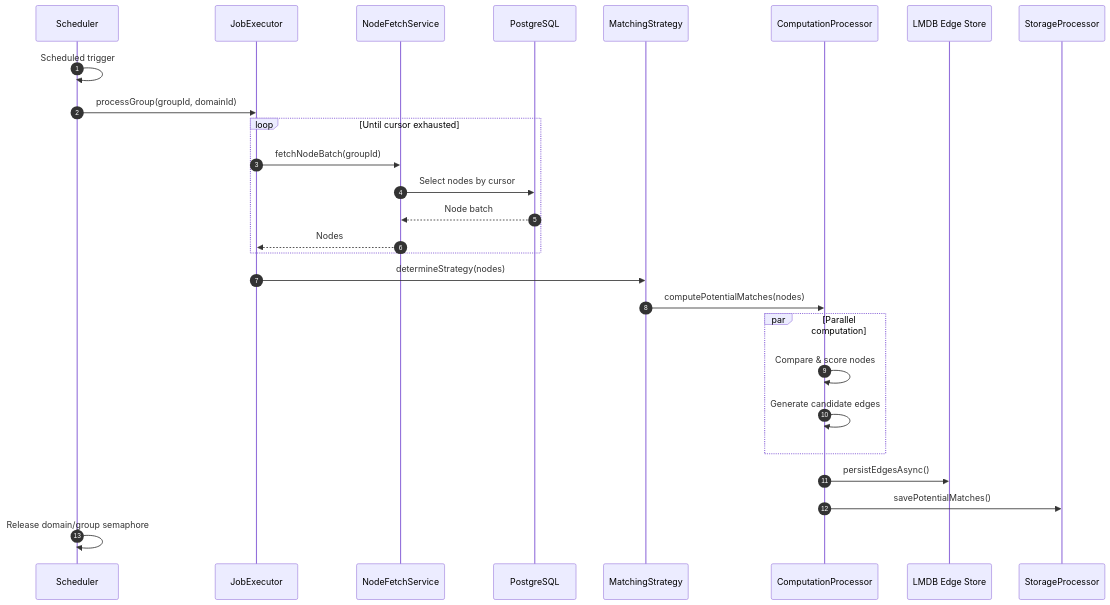
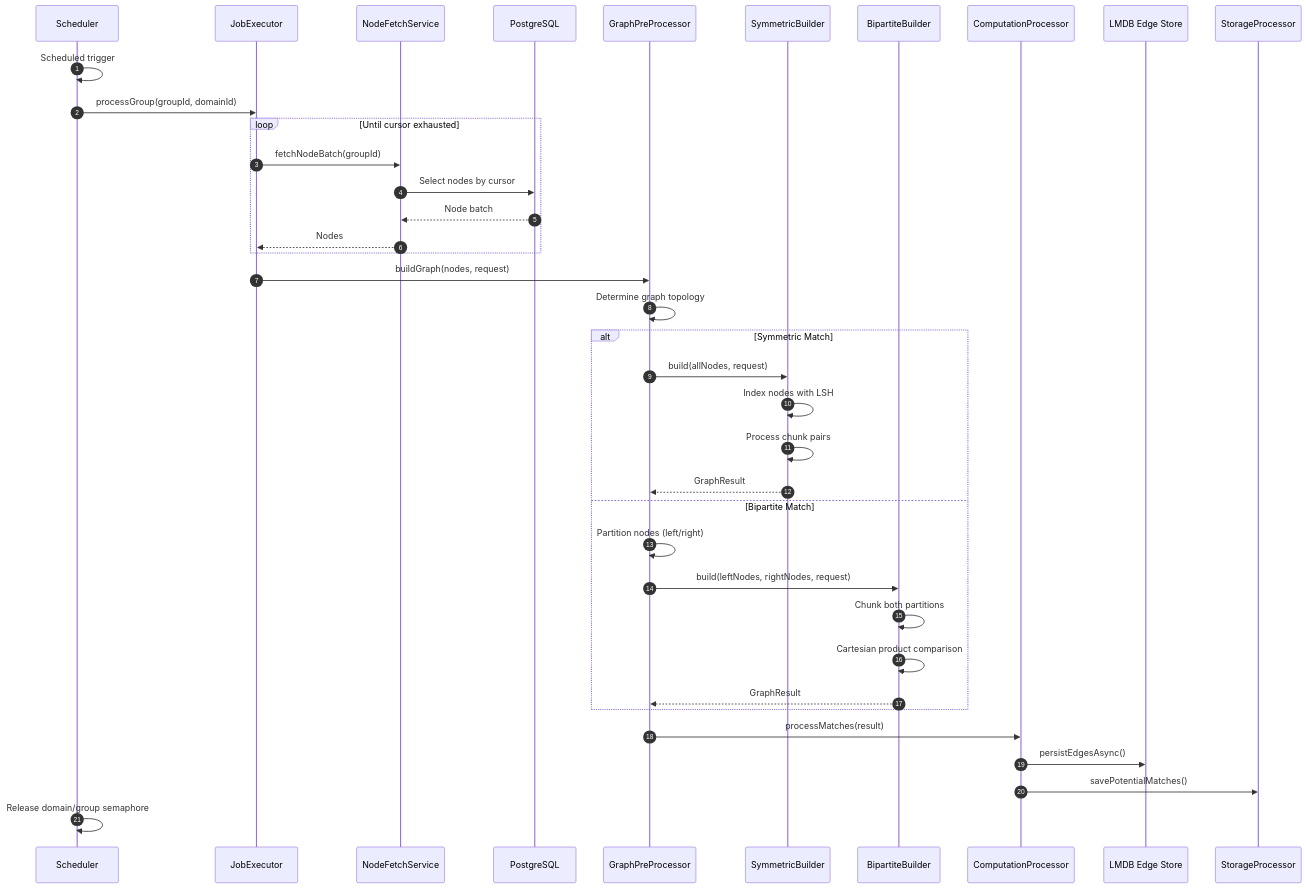
Before and after one commit to kagit00/schedule_x: the fifth of 8 diagrams in Readme.md, drawn with Mermaid. The commit also changed other lines of this file, not shown here.

````diff
--- a/Readme.md
+++ b/Readme.md
@@ -241,37 +292,46 @@
 ```mermaid
 sequenceDiagram
     autonumber
     participant SCH as Scheduler
     participant EXE as JobExecutor
     participant FETCH as NodeFetchService
     participant PG as PostgreSQL
-    participant STRAT as MatchingStrategy
+    participant PRE as GraphPreProcessor
+    participant SYM as SymmetricBuilder
+    participant BIP as BipartiteBuilder
     participant PROC as ComputationProcessor
     participant LMDB as LMDB Edge Store
     participant STORE as StorageProcessor
 
     SCH->>SCH: Scheduled trigger
     SCH->>EXE: processGroup(groupId, domainId)
 
     loop Until cursor exhausted
         EXE->>FETCH: fetchNodeBatch(groupId)
         FETCH->>PG: Select nodes by cursor
         PG-->>FETCH: Node batch
         FETCH-->>EXE: Nodes
     end
 
-    EXE->>STRAT: determineStrategy(nodes)
-    STRAT->>PROC: computePotentialMatches(nodes)
-
-    par Parallel computation
-        PROC->>PROC: Compare & score nodes
-        PROC->>PROC: Generate candidate edges
+    EXE->>PRE: buildGraph(nodes, request)
+    PRE->>PRE: Determine graph topology
+    
+    alt Symmetric Match
+        PRE->>SYM: build(allNodes, request)
+        SYM->>SYM: Index nodes with LSH
+        SYM->>SYM: Process chunk pairs
+        SYM-->>PRE: GraphResult
+    else Bipartite Match
+        PRE->>PRE: Partition nodes (left/right)
+        PRE->>BIP: build(leftNodes, rightNodes, request)
+        BIP->>BIP: Chunk both partitions
+        BIP->>BIP: Cartesian product comparison
+        BIP-->>PRE: GraphResult
     end
 
+    PRE->>PROC: processMatches(result)
     PROC->>LMDB: persistEdgesAsync()
     PROC->>STORE: savePotentialMatches()
 
     SCH->>SCH: Release domain/group semaphore
-
-
 ```
````
